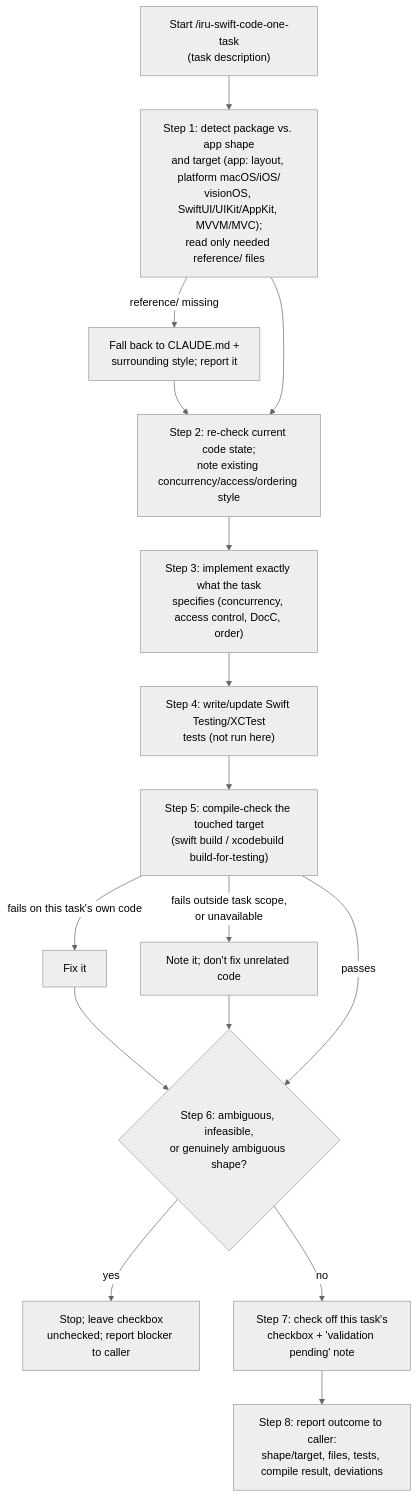
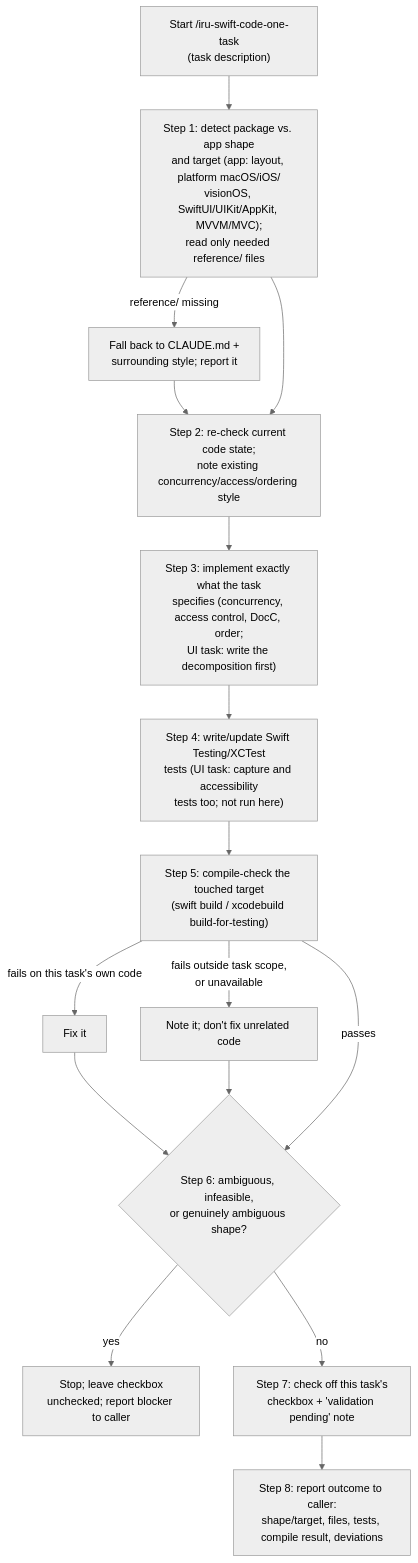
The diagram in docs/modules/ROOT/pages/skills/iru-swift-code-one-task.adoc (albertoirurueta/ai-catalog), drawn with Mermaid (neutral theme) before and after one commit. The commit also changed other lines of this file and 325 other files, not shown here.

```diff
--- a/docs/modules/ROOT/pages/skills/iru-swift-code-one-task.adoc
+++ b/docs/modules/ROOT/pages/skills/iru-swift-code-one-task.adoc
@@ -212,19 +223,19 @@
 [mermaid]
 ....
 flowchart TD
     A["Start /iru-swift-code-one-task\n(task description)"] --> B["Step 1: detect package vs. app shape\nand target (app: layout, platform macOS/iOS/\nvisionOS, SwiftUI/UIKit/AppKit, MVVM/MVC);\nread only needed reference/ files"]
     B -- "reference/ missing" --> B2["Fall back to CLAUDE.md +\nsurrounding style; report it"]
     B2 --> C
     B --> C["Step 2: re-check current code state;\nnote existing concurrency/access/ordering style"]
-    C --> D["Step 3: implement exactly what the task\nspecifies (concurrency, access control, DocC, order)"]
-    D --> E["Step 4: write/update Swift Testing/XCTest\ntests (not run here)"]
+    C --> D["Step 3: implement exactly what the task\nspecifies (concurrency, access control, DocC, order;\nUI task: write the decomposition first)"]
+    D --> E["Step 4: write/update Swift Testing/XCTest\ntests (UI task: capture and accessibility\ntests too; not run here)"]
     E --> F["Step 5: compile-check the touched target\n(swift build / xcodebuild build-for-testing)"]
     F -- "fails on this task's own code" --> F2["Fix it"]
     F2 --> G
     F -- "fails outside task scope,\nor unavailable" --> F3["Note it; don't fix unrelated code"]
     F3 --> G
     F -- "passes" --> G{"Step 6: ambiguous, infeasible,\nor genuinely ambiguous shape?"}
     G -- yes --> H["Stop; leave checkbox\nunchecked; report blocker to caller"]
     G -- no --> I["Step 7: check off this task's\ncheckbox + 'validation pending' note"]
     I --> J["Step 8: report outcome to caller:\nshape/target, files, tests, compile result, deviations"]
 ....
```
